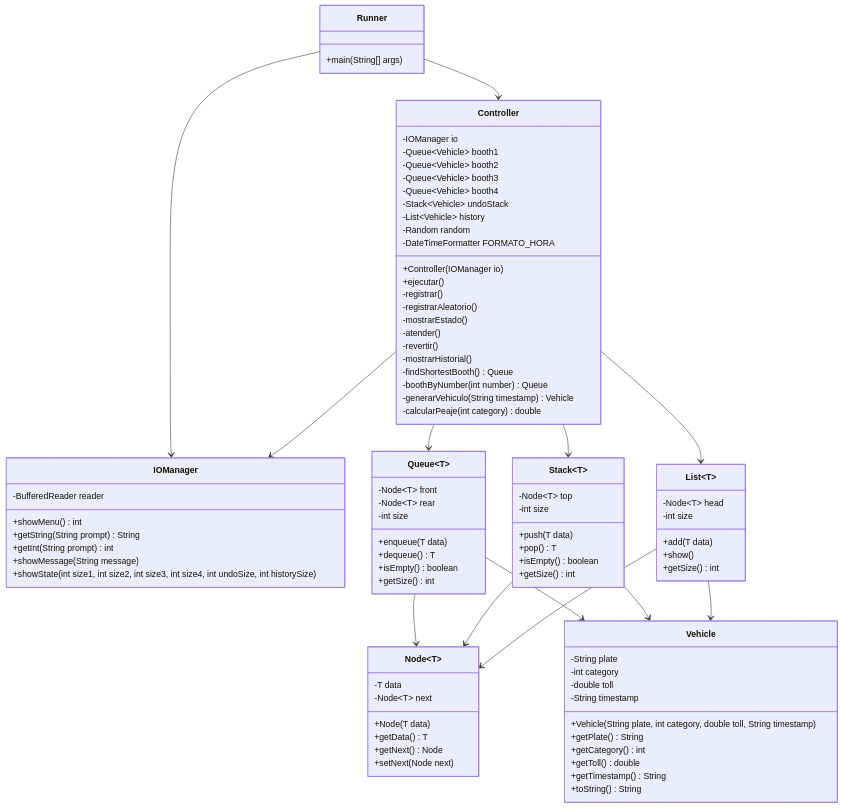
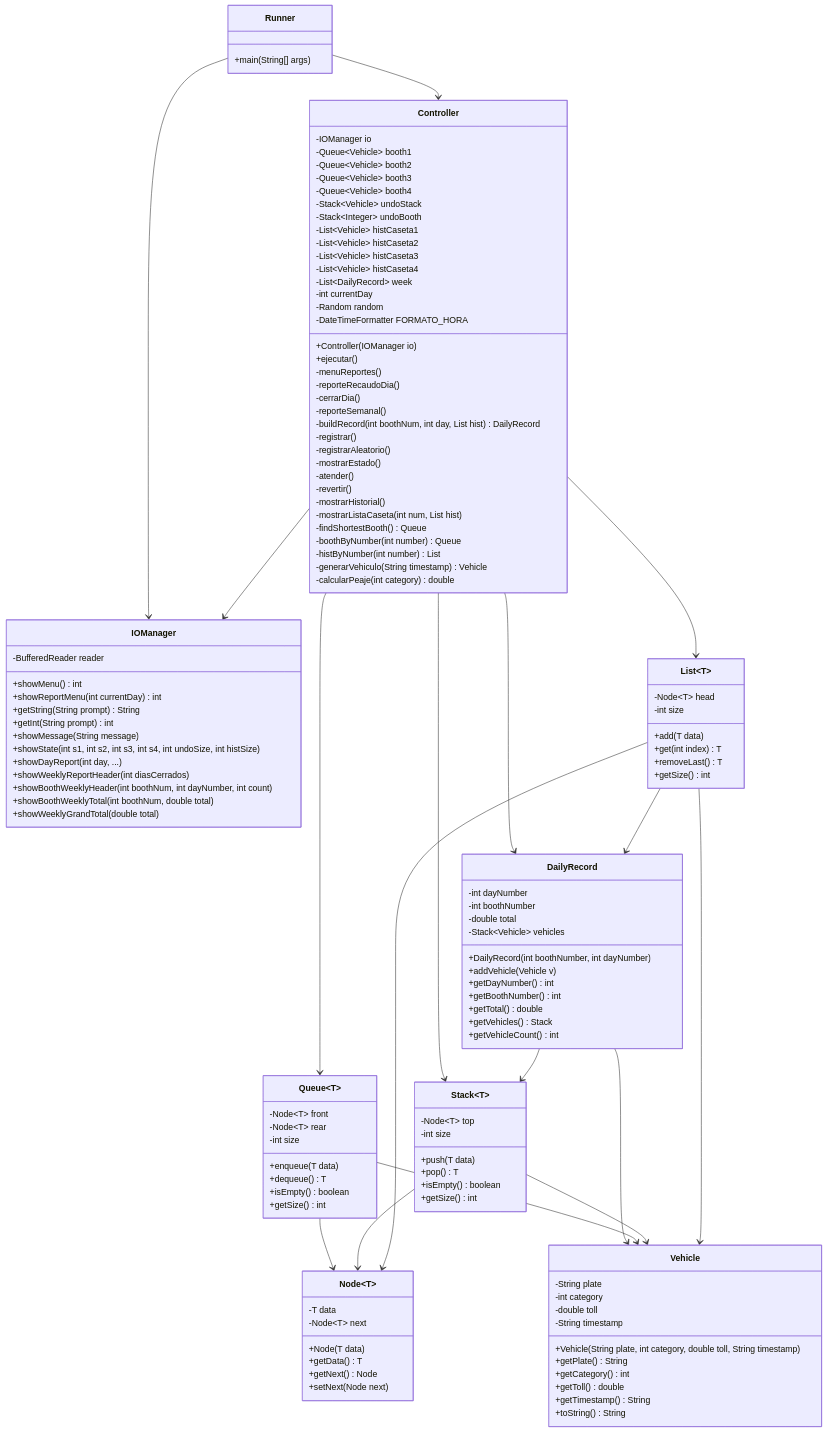
The diagram in PeajeInteligente/README.md (asf0828/java-oop-data-structures), drawn with Mermaid before and after one commit. The commit also changed other lines of this file, not shown here.

Commit message:
docs(PeajeInteligente): actualiza README con diagrama de clases completo
- Agrega DailyRecord al diagrama y al arbol de estructura
- Actualiza Controller: histCaseta1-4, undoBooth, week, currentDay
  y todos los metodos de reporte
- Actualiza List: agrega get() y removeLast(), elimina show()
- Actualiza IOManager: agrega todos los metodos de reporte
- Actualiza descripcion del ejercicio con flujo completo

````diff
--- a/PeajeInteligente/README.md
+++ b/PeajeInteligente/README.md
@@ -20,29 +20,61 @@
         -Queue~Vehicle~ booth3
         -Queue~Vehicle~ booth4
         -Stack~Vehicle~ undoStack
-        -List~Vehicle~ history
+        -Stack~Integer~ undoBooth
+        -List~Vehicle~ histCaseta1
+        -List~Vehicle~ histCaseta2
+        -List~Vehicle~ histCaseta3
+        -List~Vehicle~ histCaseta4
+        -List~DailyRecord~ week
+        -int currentDay
         -Random random
         -DateTimeFormatter FORMATO_HORA
         +Controller(IOManager io)
         +ejecutar()
+        -menuReportes()
+        -reporteRecaudoDia()
+        -cerrarDia()
+        -reporteSemanal()
+        -buildRecord(int boothNum, int day, List hist) DailyRecord
         -registrar()
         -registrarAleatorio()
         -mostrarEstado()
         -atender()
         -revertir()
         -mostrarHistorial()
+        -mostrarListaCaseta(int num, List hist)
         -findShortestBooth() Queue
         -boothByNumber(int number) Queue
+        -histByNumber(int number) List
         -generarVehiculo(String timestamp) Vehicle
         -calcularPeaje(int category) double
     }
     class IOManager {
         -BufferedReader reader
         +showMenu() int
+        +showReportMenu(int currentDay) int
         +getString(String prompt) String
         +getInt(String prompt) int
         +showMessage(String message)
-        +showState(int size1, int size2, int size3, int size4, int undoSize, int historySize)
+        +showState(int s1, int s2, int s3, int s4, int undoSize, int histSize)
+        +showDayReport(int day, ...)
+        +showWeeklyReportHeader(int diasCerrados)
+        +showBoothWeeklyHeader(int boothNum, int dayNumber, int count)
+        +showBoothWeeklyTotal(int boothNum, double total)
+        +showWeeklyGrandTotal(double total)
+    }
+    class DailyRecord {
+        -int dayNumber
+        -int boothNumber
+        -double total
+        -Stack~Vehicle~ vehicles
+        +DailyRecord(int boothNumber, int dayNumber)
+        +addVehicle(Vehicle v)
+        +getDayNumber() int
+        +getBoothNumber() int
+        +getTotal() double
+        +getVehicles() Stack
+        +getVehicleCount() int
     }
     class Vehicle {
         -String plate
@@ -77,7 +109,8 @@
         -Node~T~ head
         -int size
         +add(T data)
-        +show()
+        +get(int index) T
+        +removeLast() T
         +getSize() int
     }
     class Node~T~ {
@@ -88,16 +121,21 @@
         +getNext() Node
         +setNext(Node next)
     }
+
     Runner --> Controller
     Runner --> IOManager
     Controller --> IOManager
     Controller --> Queue
     Controller --> Stack
     Controller --> List
+    Controller --> DailyRecord
+    DailyRecord --> Stack
+    DailyRecord --> Vehicle
     Queue --> Node
     Stack --> Node
     List --> Node
     Queue --> Vehicle
     Stack --> Vehicle
     List --> Vehicle
+    List --> DailyRecord
 ```
````
